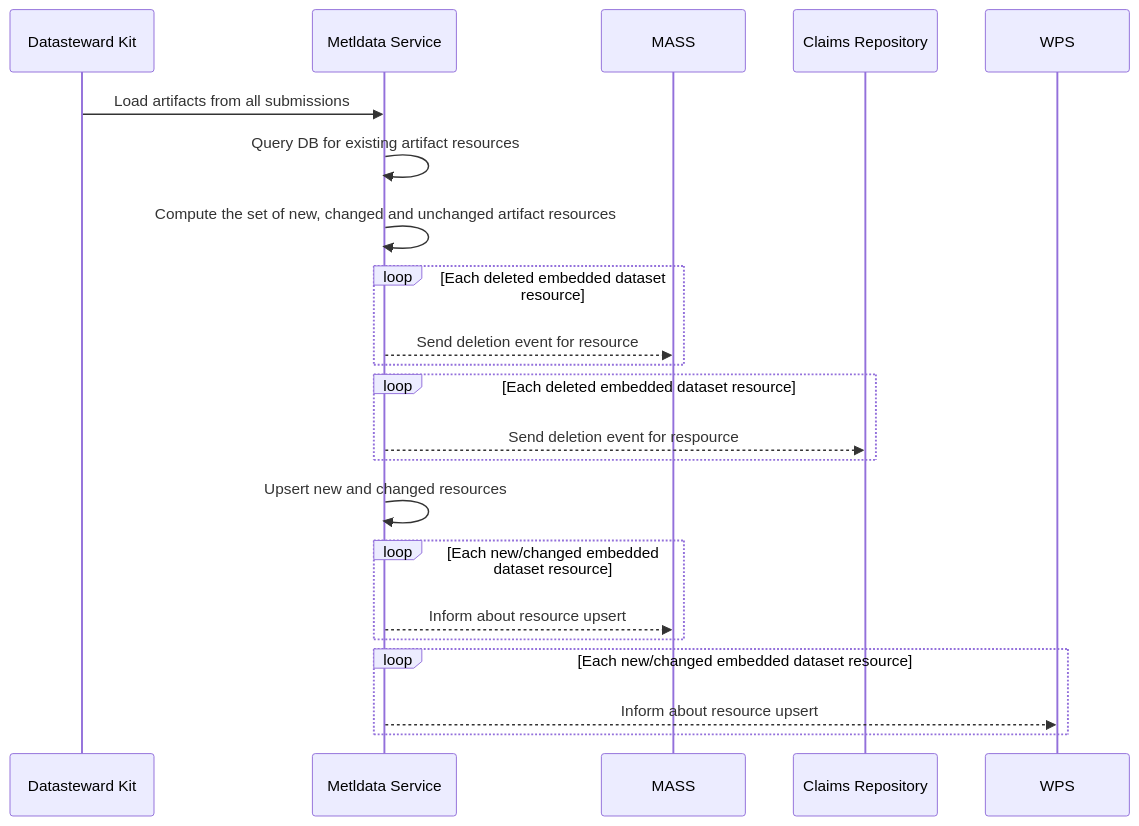
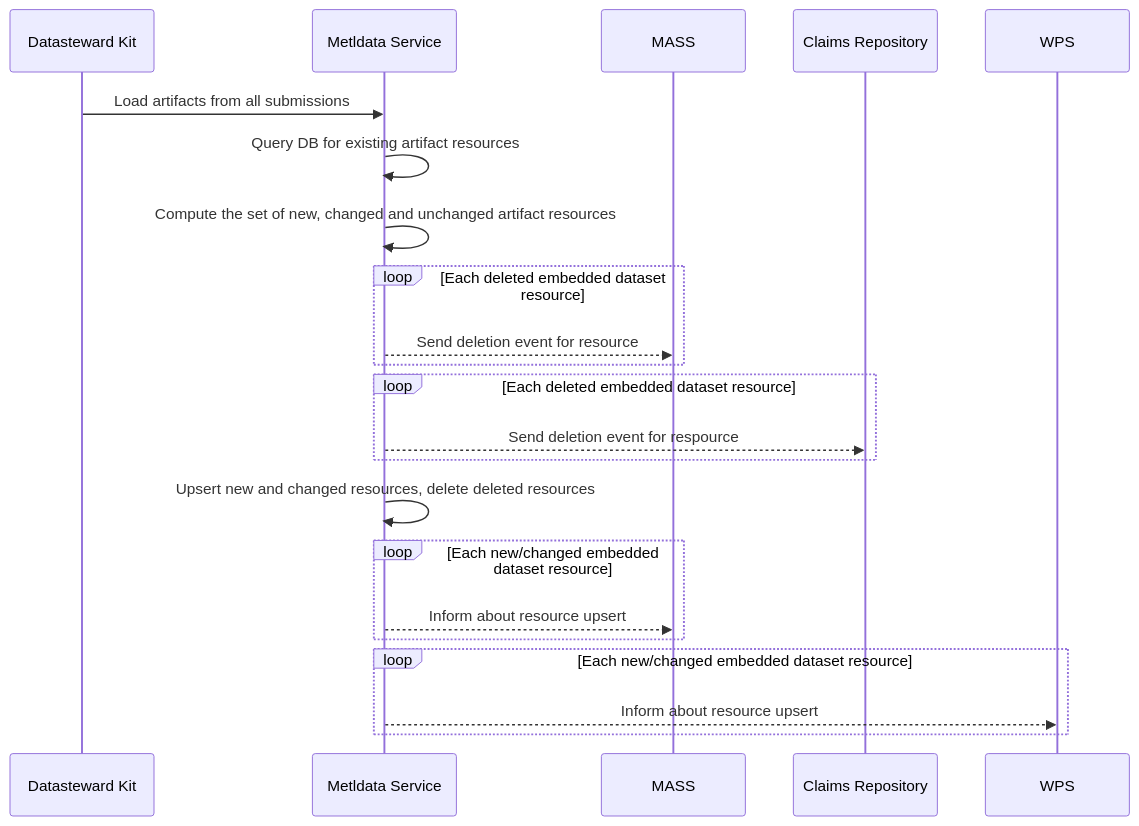
Before and after one commit to ghga-de/milestones-docs: the diagram in 38-tokay-gecko/technical_specification.md, drawn with Mermaid.

````diff
--- a/38-tokay-gecko/technical_specification.md
+++ b/38-tokay-gecko/technical_specification.md
@@ -37,30 +37,30 @@
 ```mermaid
 sequenceDiagram
   participant Kit as Datasteward Kit
   participant API as Metldata Service
   participant MASS
   participant claims as Claims Repository
   participant WPS
 
   Kit ->> API: Load artifacts from all submissions
   API ->> API: Query DB for existing artifact resources
   API ->> API: Compute the set of new, changed and unchanged artifact resources
 
   loop Each deleted embedded dataset resource
   API -->> MASS: Send deletion event for resource
   end
 
   loop Each deleted embedded dataset resource
   API -->> claims: Send deletion event for respource
   end
 
-  API ->> API: Upsert new and changed resources
+  API ->> API: Upsert new and changed resources, delete deleted resources
 
   loop Each new/changed embedded dataset resource
   API -->> MASS: Inform about resource upsert
   end
 
   loop Each new/changed embedded dataset resource
   API -->> WPS: Inform about resource upsert
   end
 ```
````
